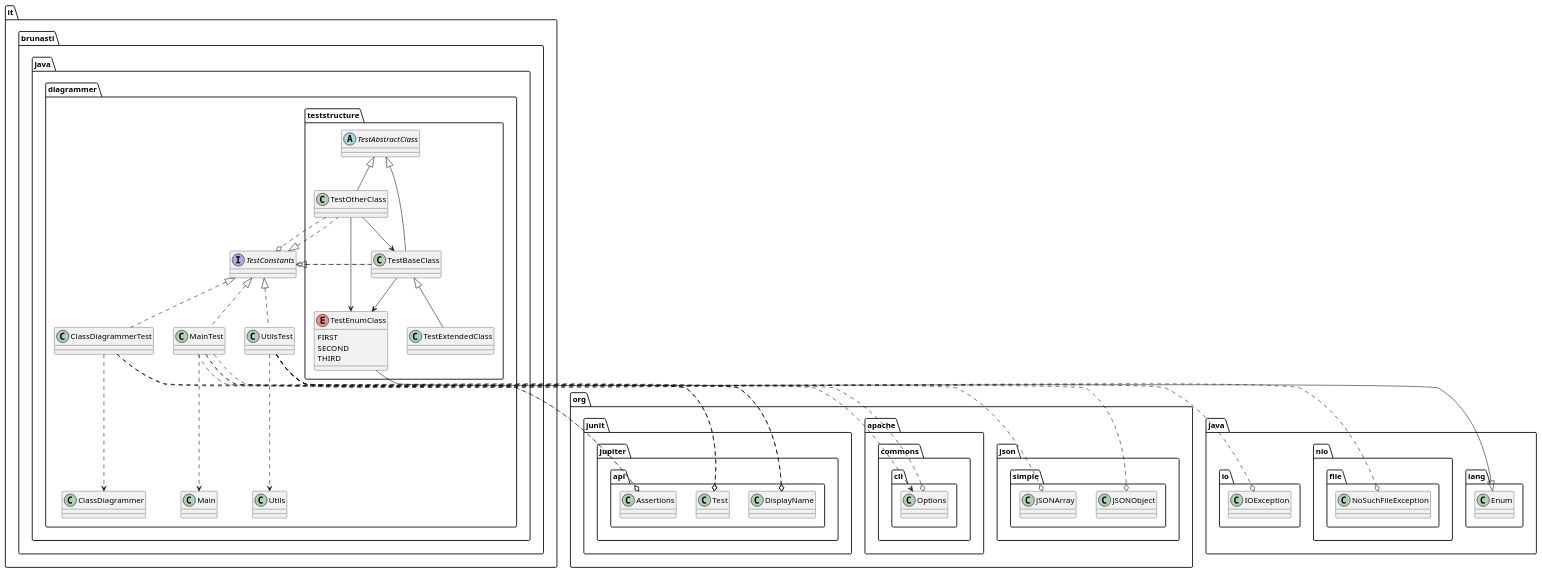
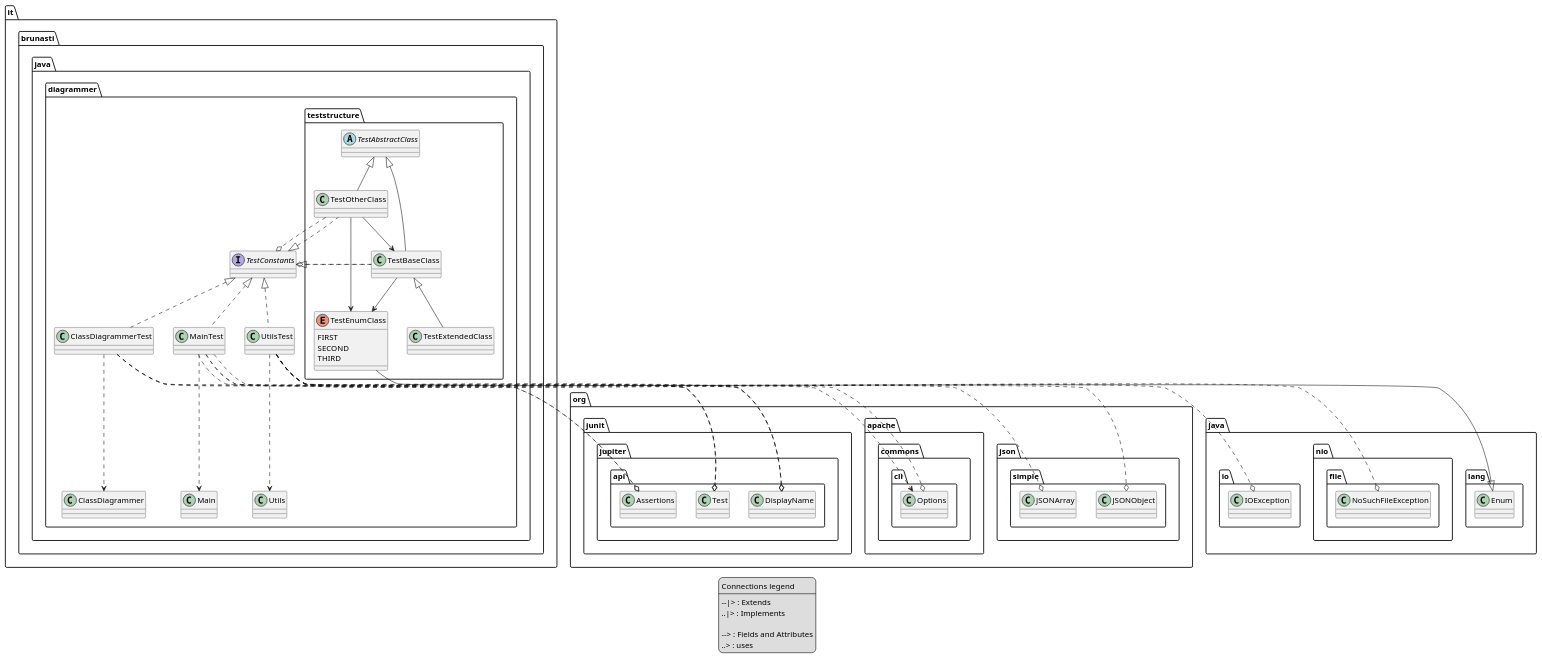
The diagram in temp/output.puml (brunasti/java-diagrammer), drawn with PlantUML before and after one commit. The commit also changed 2 other files, not shown here.

```diff
--- a/temp/output.puml
+++ b/temp/output.puml
@@ -1,92 +1,101 @@
 @startuml
 'https://plantuml.com/class-diagram
 
 ' GENERATE CLASS DIAGRAM ===========
 ' Generator       : it.brunasti.java.diagrammer.ClassDiagrammer
 ' Path            : [./target/test-classes]
 ' Java Files Path : [./src/test/java/]
 ' Configuration   : [./temp/config.json]
-' Generated at    : Wed Mar 27 16:17:40 CET 2024
+' Generated at    : Wed Mar 27 17:14:07 CET 2024
+legend
+Connections legend
+----
+--|> : Extends
+..|> : Implements
+
+--> : Fields and Attributes
+..> : uses
+end legend
 
 
 
 ' CLASSES =======
 class it.brunasti.java.diagrammer.ClassDiagrammerTest
 class it.brunasti.java.diagrammer.UtilsTest
 interface it.brunasti.java.diagrammer.TestConstants
 abstract it.brunasti.java.diagrammer.teststructure.TestAbstractClass
 class it.brunasti.java.diagrammer.teststructure.TestBaseClass
 enum it.brunasti.java.diagrammer.teststructure.TestEnumClass{
   FIRST
   SECOND
   THIRD
 }
 class it.brunasti.java.diagrammer.teststructure.TestExtendedClass
 class it.brunasti.java.diagrammer.teststructure.TestOtherClass
 class it.brunasti.java.diagrammer.MainTest
 
 ' INHERITANCES =======
 it.brunasti.java.diagrammer.teststructure.TestAbstractClass <|-- it.brunasti.java.diagrammer.teststructure.TestBaseClass
 java.lang.Enum <|-- it.brunasti.java.diagrammer.teststructure.TestEnumClass
 it.brunasti.java.diagrammer.teststructure.TestBaseClass <|-- it.brunasti.java.diagrammer.teststructure.TestExtendedClass
 it.brunasti.java.diagrammer.teststructure.TestAbstractClass <|-- it.brunasti.java.diagrammer.teststructure.TestOtherClass
 
 ' IMPLEMENT INTERFACE =======
 it.brunasti.java.diagrammer.TestConstants <|.. it.brunasti.java.diagrammer.ClassDiagrammerTest
 it.brunasti.java.diagrammer.TestConstants <|.. it.brunasti.java.diagrammer.UtilsTest
 it.brunasti.java.diagrammer.TestConstants <|.. it.brunasti.java.diagrammer.teststructure.TestBaseClass
 it.brunasti.java.diagrammer.TestConstants <|.. it.brunasti.java.diagrammer.teststructure.TestOtherClass
 it.brunasti.java.diagrammer.TestConstants <|.. it.brunasti.java.diagrammer.MainTest
 
 ' FIELDS =======
 it.brunasti.java.diagrammer.teststructure.TestBaseClass --> it.brunasti.java.diagrammer.teststructure.TestEnumClass
 it.brunasti.java.diagrammer.teststructure.TestOtherClass --> it.brunasti.java.diagrammer.teststructure.TestBaseClass
 it.brunasti.java.diagrammer.teststructure.TestOtherClass --> it.brunasti.java.diagrammer.teststructure.TestEnumClass
 
 ' USES =======
 it.brunasti.java.diagrammer.ClassDiagrammerTest ..> it.brunasti.java.diagrammer.ClassDiagrammer
 it.brunasti.java.diagrammer.UtilsTest ..> it.brunasti.java.diagrammer.Utils
 it.brunasti.java.diagrammer.MainTest ..> it.brunasti.java.diagrammer.Main
 it.brunasti.java.diagrammer.MainTest ..> org.apache.commons.cli.Options
 
 ' IMPORTS =======
 ' Java Files Path : ./src/test/java/
 ' it.brunasti.java.diagrammer.ClassDiagrammerTest
 it.brunasti.java.diagrammer.ClassDiagrammerTest ..o org.junit.jupiter.api.Test
 it.brunasti.java.diagrammer.ClassDiagrammerTest ..o  org.junit.jupiter.api.Assertions
 it.brunasti.java.diagrammer.ClassDiagrammerTest ..o org.junit.jupiter.api.DisplayName
 
 ' it.brunasti.java.diagrammer.UtilsTest
 it.brunasti.java.diagrammer.UtilsTest ..o org.junit.jupiter.api.Test
 it.brunasti.java.diagrammer.UtilsTest ..o java.nio.file.NoSuchFileException
 it.brunasti.java.diagrammer.UtilsTest ..o org.json.simple.JSONObject
 it.brunasti.java.diagrammer.UtilsTest ..o  org.junit.jupiter.api.Assertions
 it.brunasti.java.diagrammer.UtilsTest ..o java.io.IOException
 it.brunasti.java.diagrammer.UtilsTest ..o org.json.simple.JSONArray
 it.brunasti.java.diagrammer.UtilsTest ..o org.junit.jupiter.api.DisplayName
 
 ' it.brunasti.java.diagrammer.TestConstants
 
 ' it.brunasti.java.diagrammer.teststructure.TestAbstractClass
 
 ' it.brunasti.java.diagrammer.teststructure.TestBaseClass
 it.brunasti.java.diagrammer.teststructure.TestBaseClass ..o it.brunasti.java.diagrammer.TestConstants
 
 ' it.brunasti.java.diagrammer.teststructure.TestEnumClass
 
 ' it.brunasti.java.diagrammer.teststructure.TestExtendedClass
 
 ' it.brunasti.java.diagrammer.teststructure.TestOtherClass
 it.brunasti.java.diagrammer.teststructure.TestOtherClass ..o it.brunasti.java.diagrammer.TestConstants
 it.brunasti.java.diagrammer.teststructure.TestOtherClass ..o  org.junit.jupiter.api.Assertions.assertDoesNotThrow
 
 ' it.brunasti.java.diagrammer.MainTest
 it.brunasti.java.diagrammer.MainTest ..o org.junit.jupiter.api.Test
 it.brunasti.java.diagrammer.MainTest ..o  org.junit.jupiter.api.Assertions.assertDoesNotThrow
 it.brunasti.java.diagrammer.MainTest ..o org.apache.commons.cli.Options
 it.brunasti.java.diagrammer.MainTest ..o  org.junit.jupiter.api.Assertions.assertNotNull
 it.brunasti.java.diagrammer.MainTest ..o org.junit.jupiter.api.DisplayName
 
 
 
 @enduml
```
